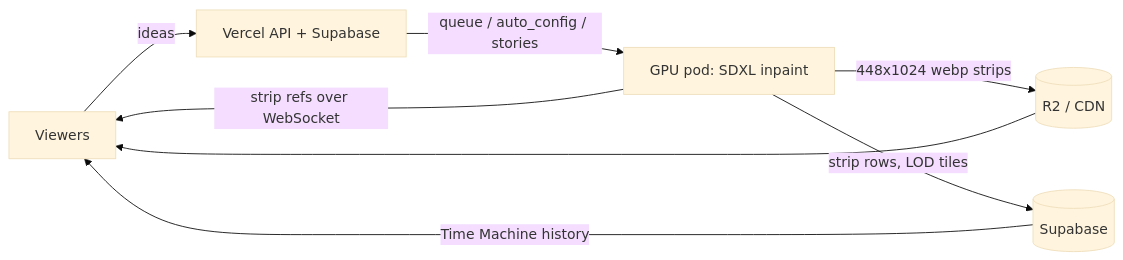
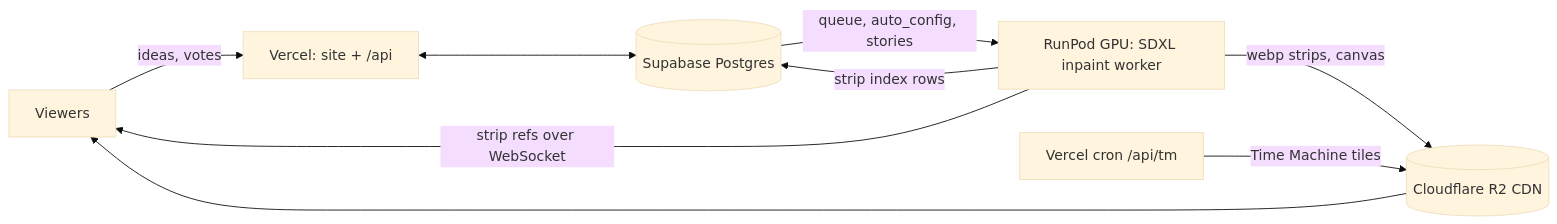
One commit to bicrick/infinite-tapestry changed the diagram in README.md. Above: the diagram before and after it, drawn with Mermaid (base theme). The commit also changed other lines of this file and 6 other files, not shown here.

````diff
--- a/README.md
+++ b/README.md
@@ -17,10 +17,11 @@
 ```mermaid
 flowchart LR
-  V[Viewers] -- ideas --> API[Vercel API + Supabase]
-  API -- queue / auto_config / stories --> POD[GPU pod: SDXL inpaint]
+  V[Viewers] -- ideas, votes --> API[Vercel: site + /api]
+  API <--> DB[(Supabase Postgres)]
+  DB -- queue, auto_config, stories --> POD[RunPod GPU: SDXL inpaint worker]
   POD -- strip refs over WebSocket --> V
-  POD -- 448x1024 webp strips --> R2[(R2 / CDN)]
-  POD -- strip rows, LOD tiles --> SB[(Supabase)]
+  POD -- webp strips, canvas --> R2[(Cloudflare R2 CDN)]
+  POD -- strip index rows --> DB
+  CRON[Vercel cron /api/tm] -- Time Machine tiles --> R2
   R2 --> V
-  SB -- Time Machine history --> V
 ```
````
